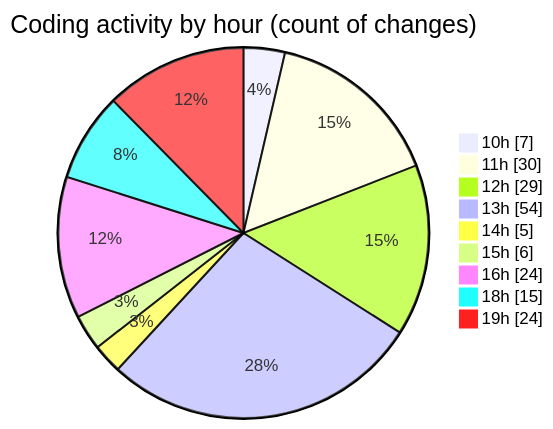
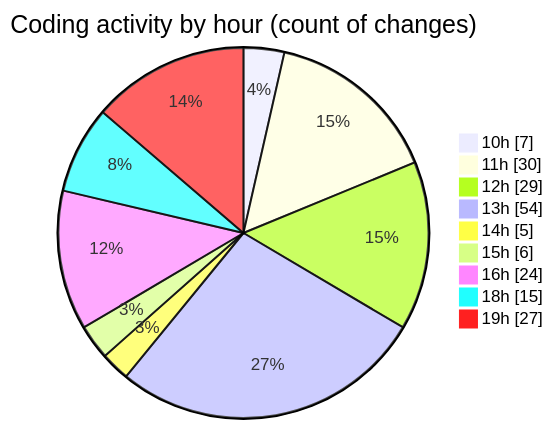
One commit to momahboobian/code-tracking changed the second of 2 diagrams in 2025-06-26/cda/README.md. Above: the diagram before and after it, drawn with Mermaid. The commit also changed other lines of this file and 1 other file, not shown here.

````diff
--- a/2025-06-26/cda/README.md
+++ b/2025-06-26/cda/README.md
@@ -44,13 +45,13 @@
 ```mermaid
 pie showData
 title Coding activity by hour (count of changes)
 "10h" : 7
 "11h" : 30
 "12h" : 29
 "13h" : 54
 "14h" : 5
 "15h" : 6
 "16h" : 24
 "18h" : 15
-"19h" : 24
+"19h" : 27
 ```
````
